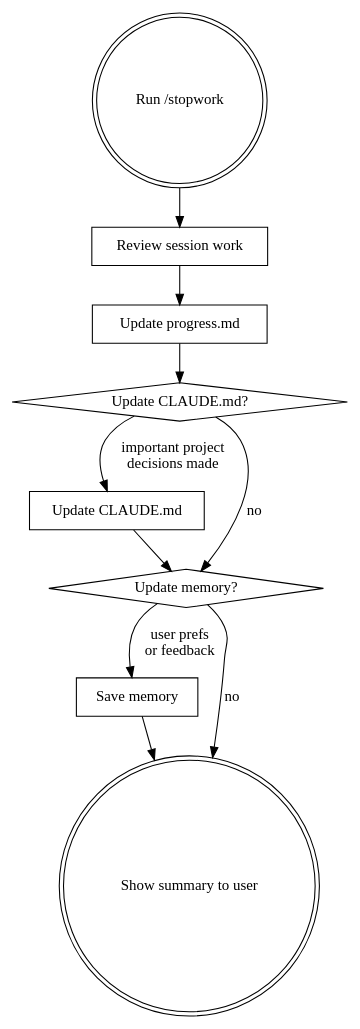
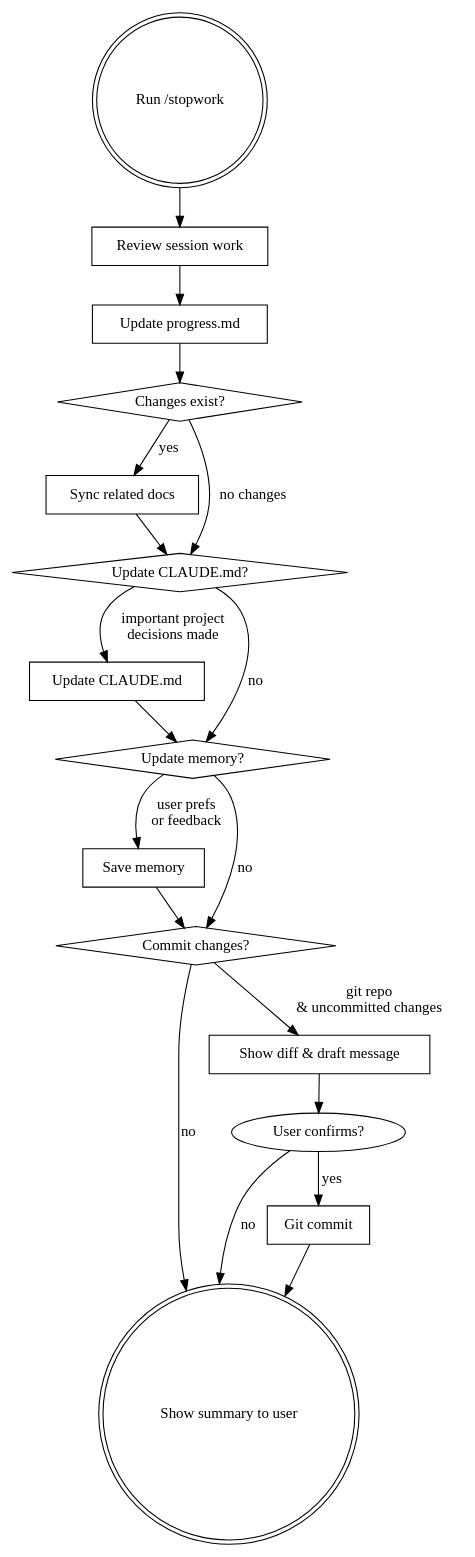
Before and after one commit to robothannu/claude_start_stop_work: the diagram in skills/stopwork/SKILL.md, drawn with Graphviz. The commit also changed other lines of this file, not shown here.

First line of the commit message:
Add doc sync and user-confirmed commit steps to stopwork skill

````diff
--- a/skills/stopwork/SKILL.md
+++ b/skills/stopwork/SKILL.md
@@ -14,22 +14,36 @@
 ```dot
 digraph stopwork {
     "Run /stopwork" [shape=doublecircle];
     "Review session work" [shape=box];
     "Update progress.md" [shape=box];
+    "Changes exist?" [shape=diamond];
+    "Sync related docs" [shape=box];
     "Update CLAUDE.md?" [shape=diamond];
     "Update CLAUDE.md" [shape=box];
     "Update memory?" [shape=diamond];
     "Save memory" [shape=box];
     "Show summary to user" [shape=doublecircle];
 
     "Run /stopwork" -> "Review session work";
     "Review session work" -> "Update progress.md";
-    "Update progress.md" -> "Update CLAUDE.md?";
+    "Update progress.md" -> "Changes exist?";
+    "Changes exist?" -> "Sync related docs" [label="yes"];
+    "Changes exist?" -> "Update CLAUDE.md?" [label="no changes"];
+    "Sync related docs" -> "Update CLAUDE.md?";
     "Update CLAUDE.md?" -> "Update CLAUDE.md" [label="important project\ndecisions made"];
     "Update CLAUDE.md?" -> "Update memory?" [label="no"];
     "Update CLAUDE.md" -> "Update memory?";
     "Update memory?" -> "Save memory" [label="user prefs\nor feedback"];
-    "Update memory?" -> "Show summary to user" [label="no"];
-    "Save memory" -> "Show summary to user";
+    "Update memory?" -> "Commit changes?" [label="no"];
+    "Save memory" -> "Commit changes?";
+    "Commit changes?" [shape=diamond];
+    "Commit changes?" -> "Show diff & draft message" [label="git repo\n& uncommitted changes"];
+    "Commit changes?" -> "Show summary to user" [label="no"];
+    "Show diff & draft message" [shape=box];
+    "Show diff & draft message" -> "User confirms?" [shape=diamond];
+    "User confirms?" -> "Git commit" [label="yes"];
+    "User confirms?" -> "Show summary to user" [label="no"];
+    "Git commit" [shape=box];
+    "Git commit" -> "Show summary to user";
 }
 ```
````
